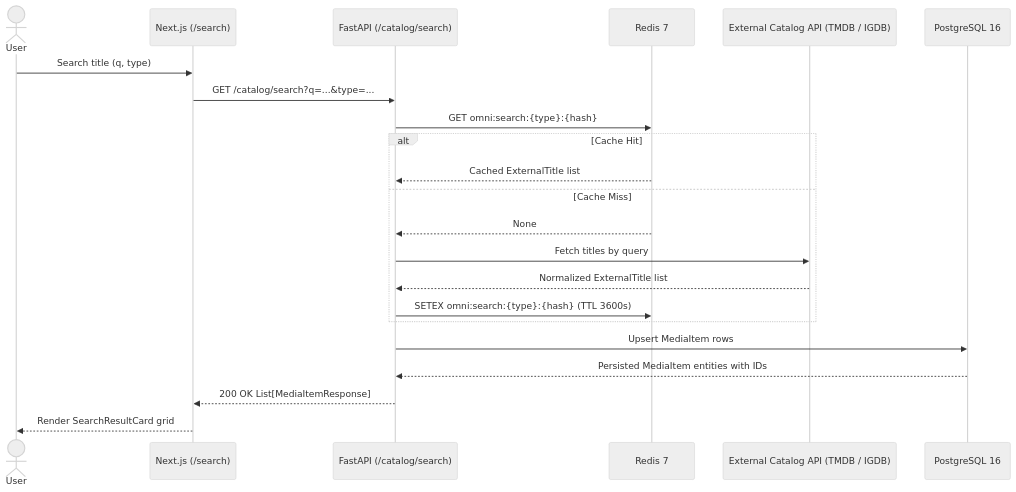
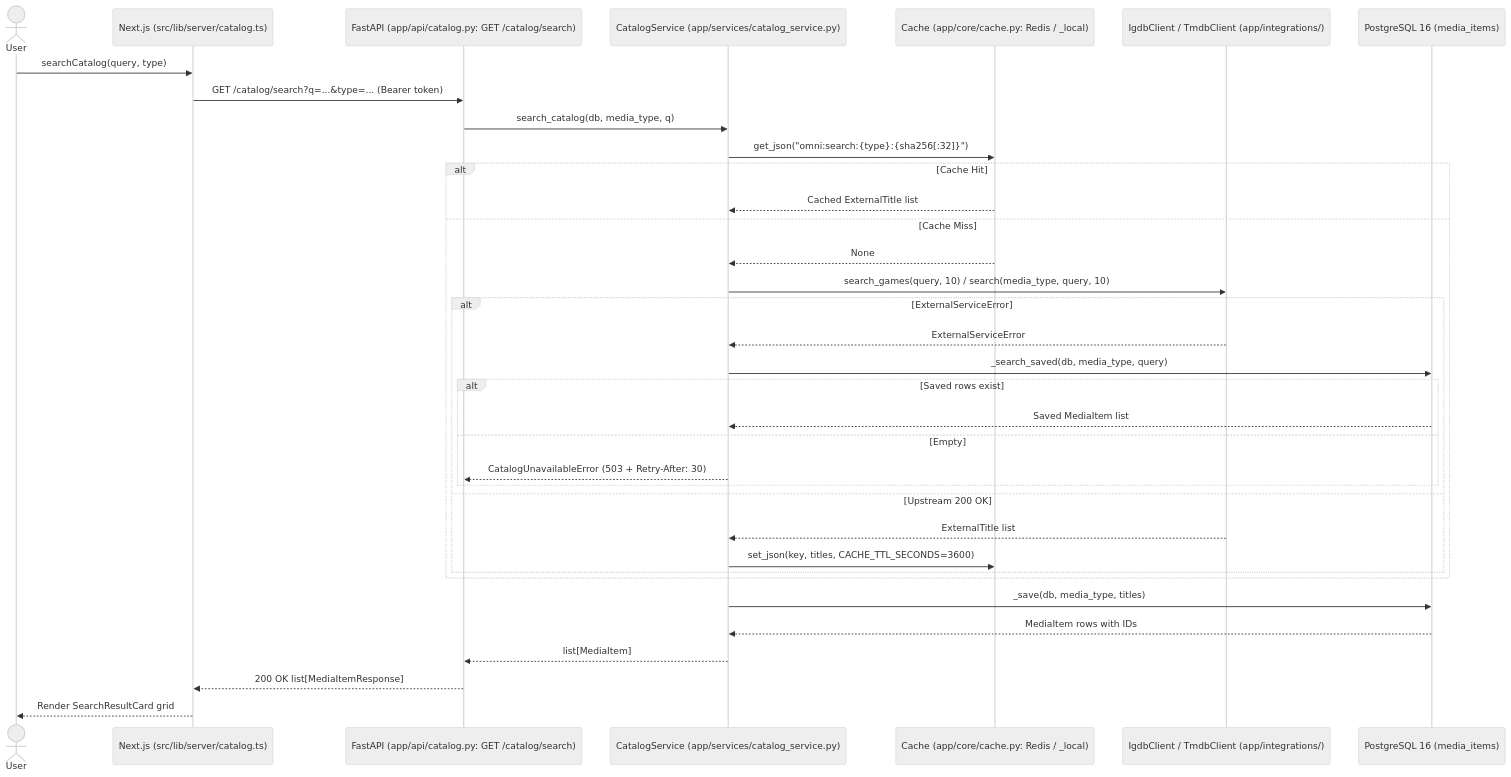
One commit to metezd/OmniLog changed the first of 3 diagrams in docs/design/sequence/sequence-diagrams.md. Above: the diagram before and after it, drawn with Mermaid (neutral theme). The commit also changed other lines of this file and 60 other files, not shown here.

Commit message:
docs(design): align architecture, class and sequence diagrams with codebase and add NFR mapping

````diff
--- a/docs/design/sequence/sequence-diagrams.md
+++ b/docs/design/sequence/sequence-diagrams.md
@@ -7,25 +18,38 @@
 ```mermaid
 sequenceDiagram
   actor User
-  participant Next as Next.js (/search)
-  participant API as FastAPI (/catalog/search)
-  participant Cache as Redis 7
-  participant Ext as External Catalog API (TMDB / IGDB)
-  participant DB as PostgreSQL 16
+  participant Next as Next.js (src/lib/server/catalog.ts)
+  participant API as FastAPI (app/api/catalog.py: GET /catalog/search)
+  participant SVC as CatalogService (app/services/catalog_service.py)
+  participant Cache as Cache (app/core/cache.py: Redis / _local)
+  participant Ext as IgdbClient / TmdbClient (app/integrations/)
+  participant DB as PostgreSQL 16 (media_items)
 
-  User->>Next: Search title (q, type)
-  Next->>API: GET /catalog/search?q=...&type=...
-  API->>Cache: GET omni:search:{type}:{hash}
+  User->>Next: searchCatalog(query, type)
+  Next->>API: GET /catalog/search?q=...&type=... (Bearer token)
+  API->>SVC: search_catalog(db, media_type, q)
+  SVC->>Cache: get_json("omni:search:{type}:{sha256[:32]}")
   alt Cache Hit
-    Cache-->>API: Cached ExternalTitle list
+    Cache-->>SVC: Cached ExternalTitle list
   else Cache Miss
-    Cache-->>API: None
-    API->>Ext: Fetch titles by query
-    Ext-->>API: Normalized ExternalTitle list
-    API->>Cache: SETEX omni:search:{type}:{hash} (TTL 3600s)
+    Cache-->>SVC: None
+    SVC->>Ext: search_games(query, 10) / search(media_type, query, 10)
+    alt ExternalServiceError
+      Ext-->>SVC: ExternalServiceError
+      SVC->>DB: _search_saved(db, media_type, query)
+      alt Saved rows exist
+        DB-->>SVC: Saved MediaItem list
+      else Empty
+        SVC-->>API: CatalogUnavailableError (503 + Retry-After: 30)
+      end
+    else Upstream 200 OK
+      Ext-->>SVC: ExternalTitle list
+      SVC->>Cache: set_json(key, titles, CACHE_TTL_SECONDS=3600)
+    end
   end
-  API->>DB: Upsert MediaItem rows
-  DB-->>API: Persisted MediaItem entities with IDs
-  API-->>Next: 200 OK List[MediaItemResponse]
+  SVC->>DB: _save(db, media_type, titles)
+  DB-->>SVC: MediaItem rows with IDs
+  SVC-->>API: list[MediaItem]
+  API-->>Next: 200 OK list[MediaItemResponse]
   Next-->>User: Render SearchResultCard grid
 ```
````
